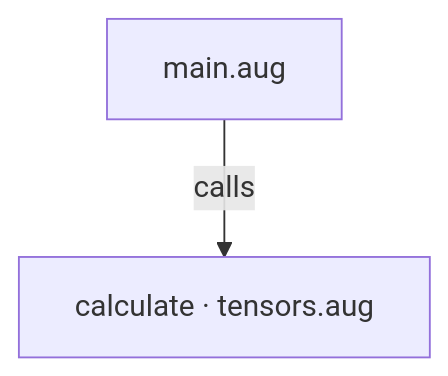
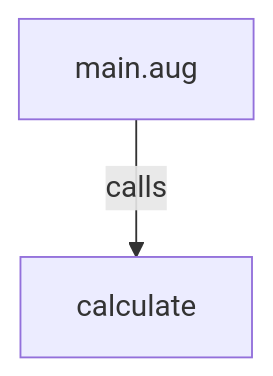
The first of 2 diagrams in docs/examples/native-pytorch/main-diagrams.md (GreenPandaStudios/augscript), drawn with Mermaid before and after one commit. The commit also changed other lines of this file and 524 other files, not shown here.

Commit message:
Explain checked data flow at folder and service levels

````diff
--- a/docs/examples/native-pytorch/main-diagrams.md
+++ b/docs/examples/native-pytorch/main-diagrams.md
@@ -23,6 +20,6 @@
 ```mermaid
 flowchart TD
     n0["main.aug"]
-    n1["calculate · tensors.aug"]
+    n1["calculate"]
     n0 -->|"calls"| n1
 ```
````
